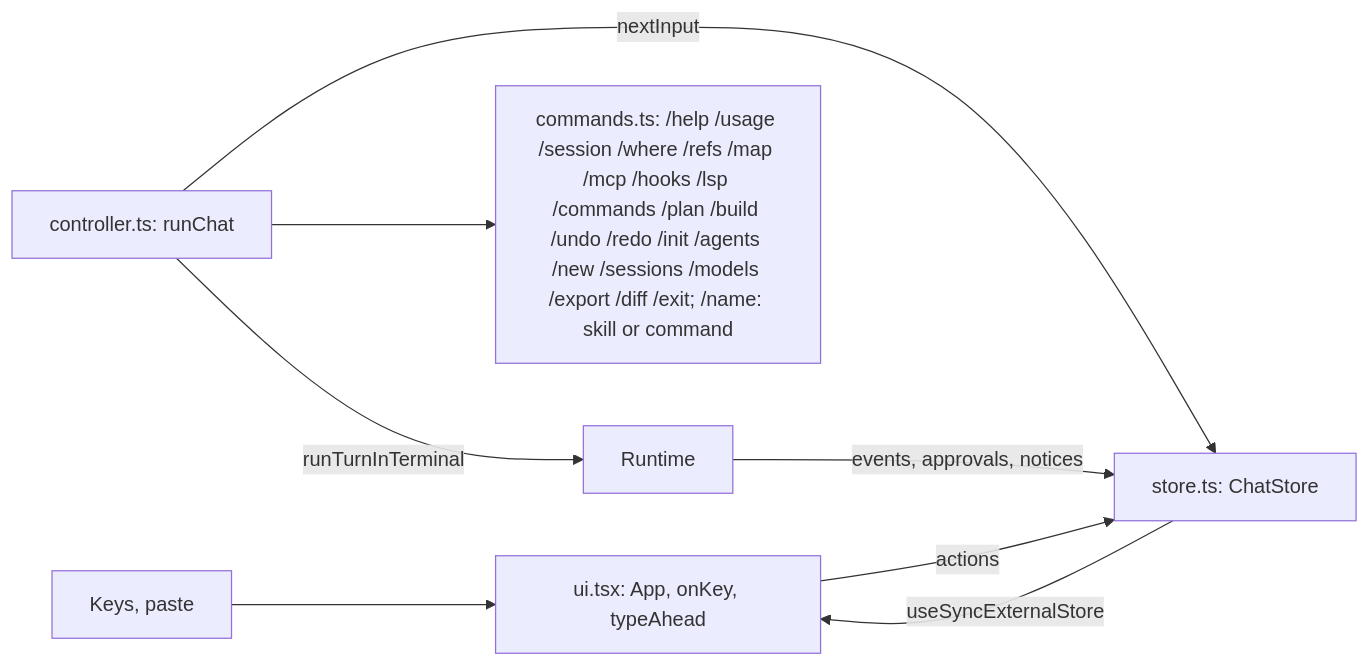
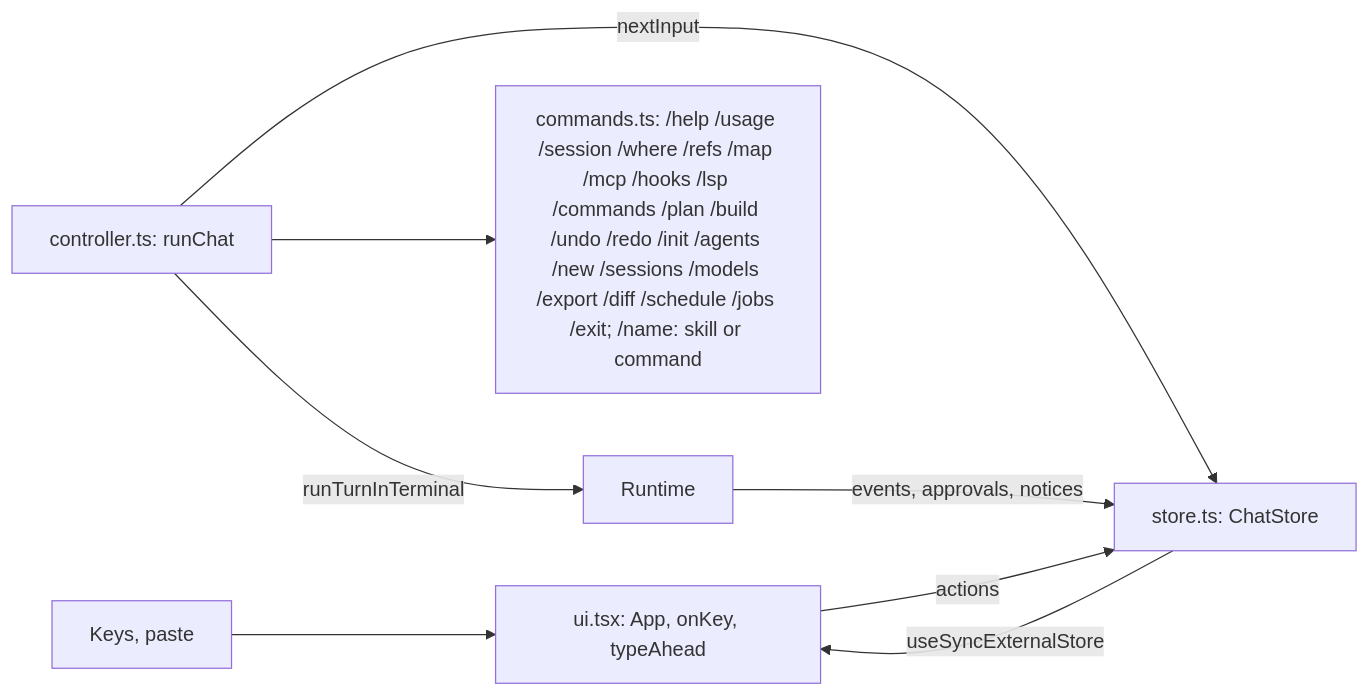
The diagram in docs/lld/cli.md (madhu-sv/garuda), drawn with Mermaid before and after one commit. The commit also changed other lines of this file and 24 other files, not shown here.

````diff
--- a/docs/lld/cli.md
+++ b/docs/lld/cli.md
@@ -136,10 +137,10 @@
 ```mermaid
 flowchart LR
   keys[Keys, paste] --> ui[ui.tsx: App, onKey, typeAhead]
   ui -->|actions| store[store.ts: ChatStore]
   store -->|useSyncExternalStore| ui
   ctrl[controller.ts: runChat] -->|nextInput| store
-  ctrl --> cmds[commands.ts: /help /usage /session /where /refs /map /mcp /hooks /lsp /commands /plan /build /undo /redo /init /agents /new /sessions /models /export /diff /exit; /name: skill or command]
+  ctrl --> cmds[commands.ts: /help /usage /session /where /refs /map /mcp /hooks /lsp /commands /plan /build /undo /redo /init /agents /new /sessions /models /export /diff /schedule /jobs /exit; /name: skill or command]
   ctrl -->|runTurnInTerminal| rt[Runtime]
   rt -->|events, approvals, notices| store
 ```
````
